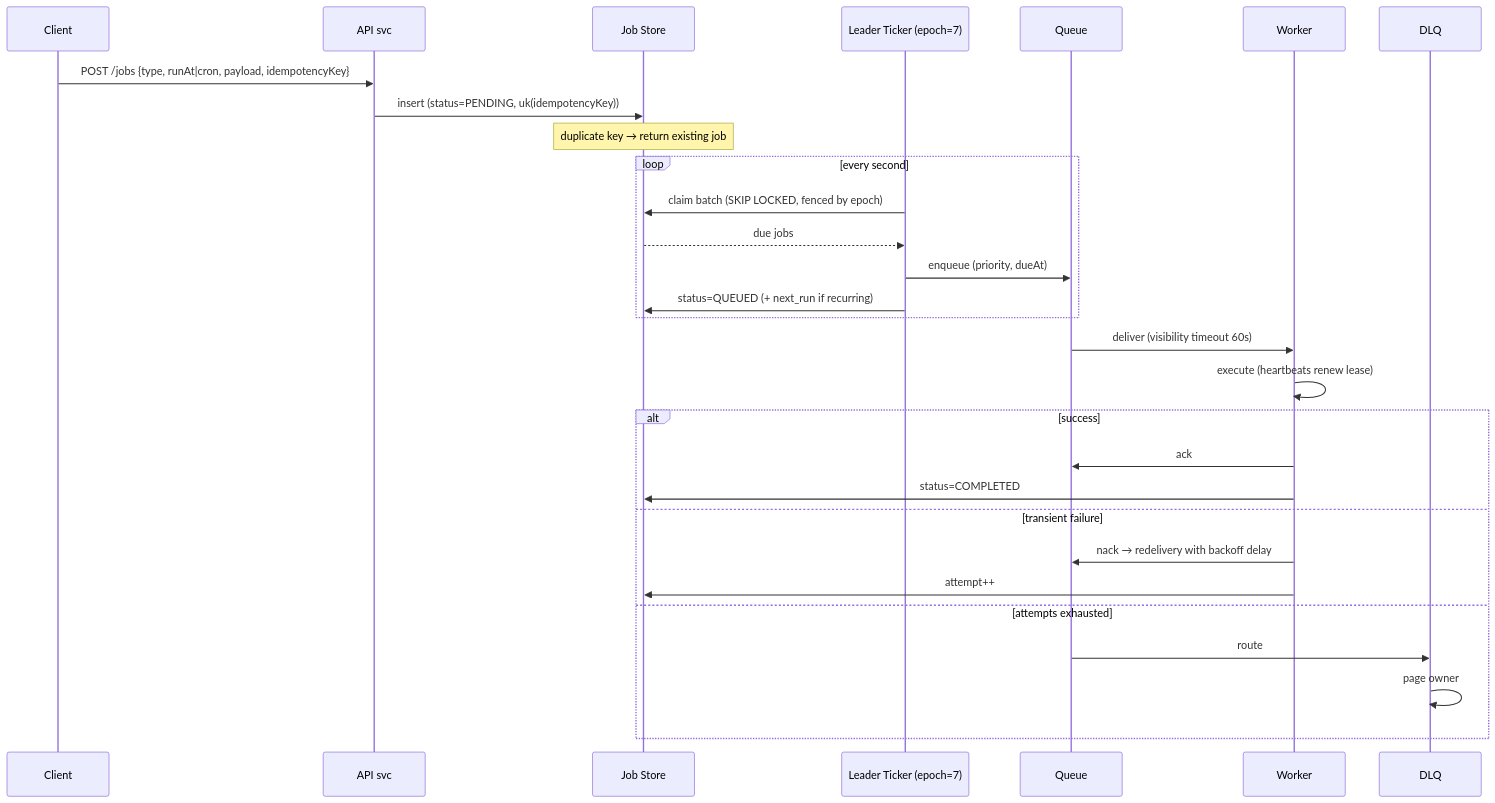
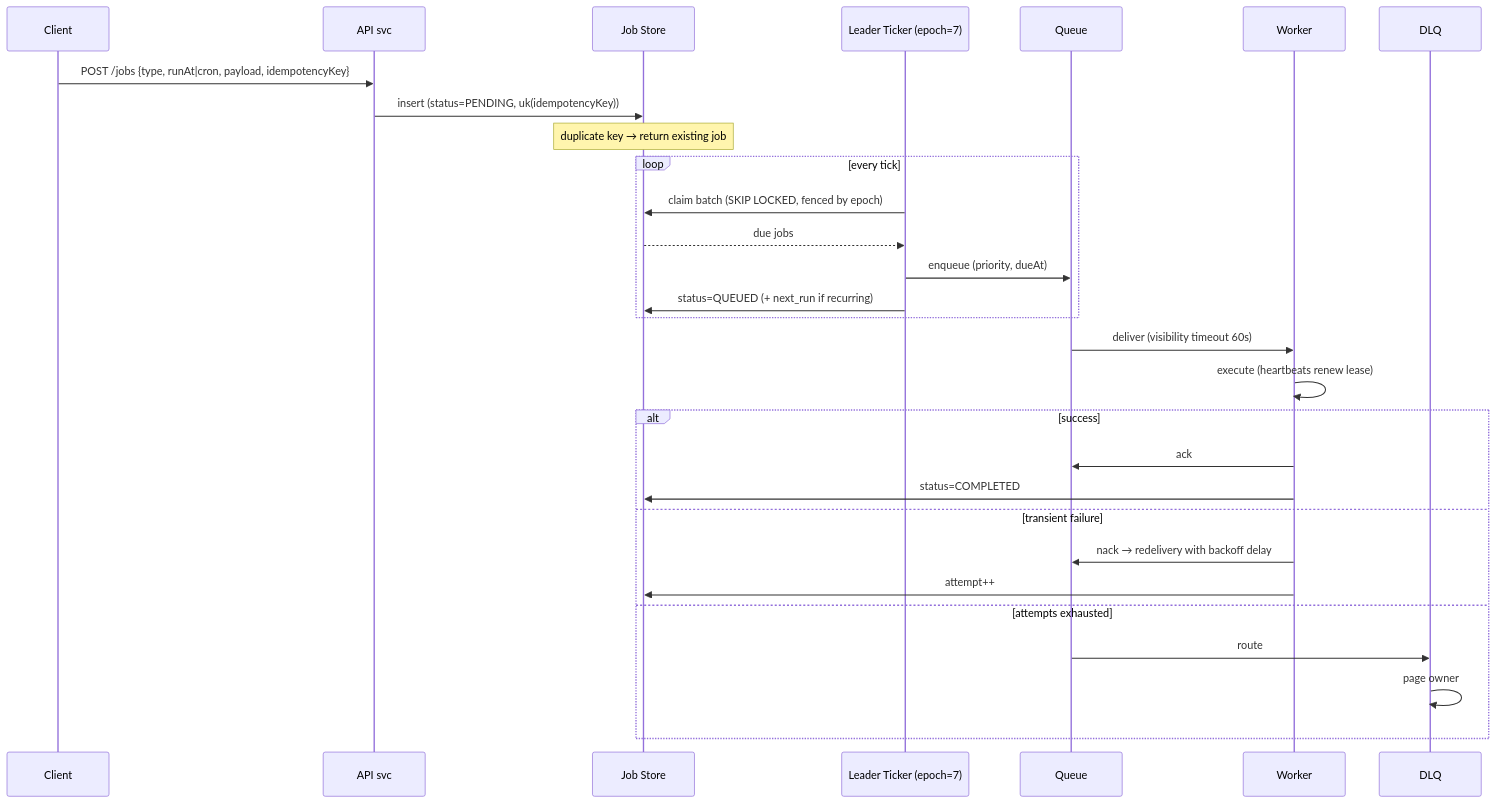
Before and after one commit to abhishekghoshh/system-design-helper: the seventh of 19 diagrams in docs/system-design/high-level/designing/advanced/distributed-job-scheduler.md, drawn with Mermaid. The commit also changed other lines of this file and 107 other files, not shown here.

````diff
--- a/docs/system-design/high-level/designing/advanced/distributed-job-scheduler.md
+++ b/docs/system-design/high-level/designing/advanced/distributed-job-scheduler.md
@@ -429,32 +637,32 @@
 ```mermaid
 sequenceDiagram
     participant C as Client
     participant API as API svc
     participant DS as Job Store
     participant LD as Leader Ticker (epoch=7)
     participant Q as Queue
     participant W as Worker
     participant DL as DLQ
 
     C->>API: POST /jobs {type, runAt|cron, payload, idempotencyKey}
     API->>DS: insert (status=PENDING, uk(idempotencyKey))
     Note over DS: duplicate key → return existing job
-    loop every second
+    loop every tick
         LD->>DS: claim batch (SKIP LOCKED, fenced by epoch)
         DS-->>LD: due jobs
         LD->>Q: enqueue (priority, dueAt)
         LD->>DS: status=QUEUED (+ next_run if recurring)
     end
     Q->>W: deliver (visibility timeout 60s)
     W->>W: execute (heartbeats renew lease)
     alt success
         W->>Q: ack
         W->>DS: status=COMPLETED
     else transient failure
         W->>Q: nack → redelivery with backoff delay
-        W->>DS: attempt++ 
+        W->>DS: attempt++
     else attempts exhausted
         Q->>DL: route
         DL->>DL: page owner
     end
 ```
````
